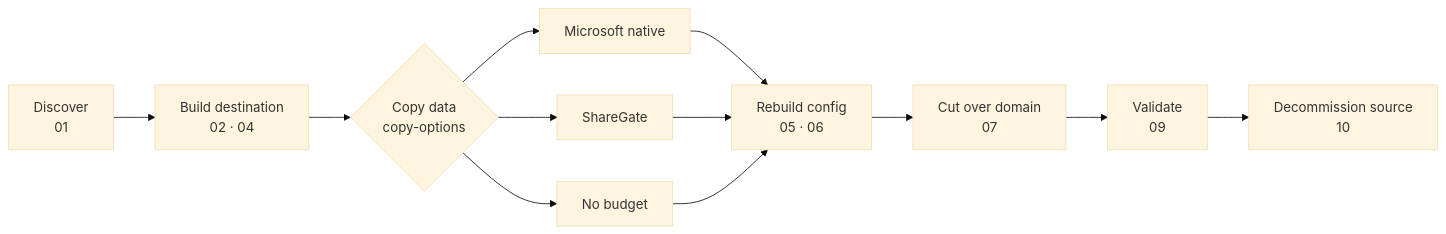
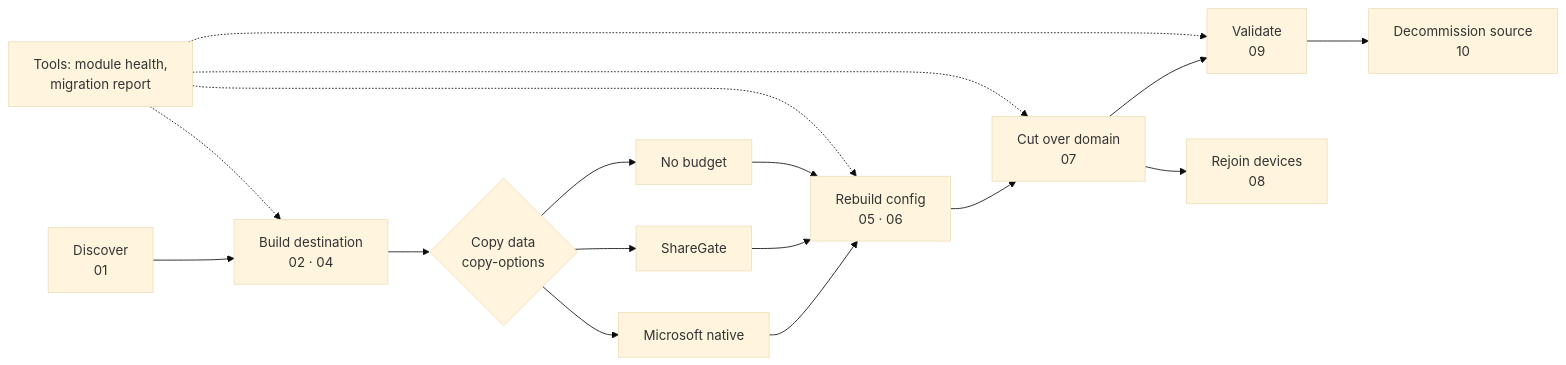
Before and after one commit to mezbauddin/M365-PreMigration-Inventory: the diagram in README.md, drawn with Mermaid (base theme). The commit also changed other lines of this file and 35 other files, not shown here.

````diff
--- a/README.md
+++ b/README.md
@@ -13,12 +13,14 @@
 ```mermaid
 flowchart LR
     D[Discover<br/>01] --> B[Build destination<br/>02 · 04]
     B --> C{Copy data<br/>copy-options}
     C --> A[Microsoft native]
     C --> S[ShareGate]
     C --> N[No budget]
     A & S & N --> M[Rebuild config<br/>05 · 06]
     M --> X[Cut over domain<br/>07]
     X --> V[Validate<br/>09]
+    X --> DV[Rejoin devices<br/>08]
     V --> R[Decommission source<br/>10]
+    T[Tools: module health,<br/>migration report] -.-> B & M & X & V
 ```
````
